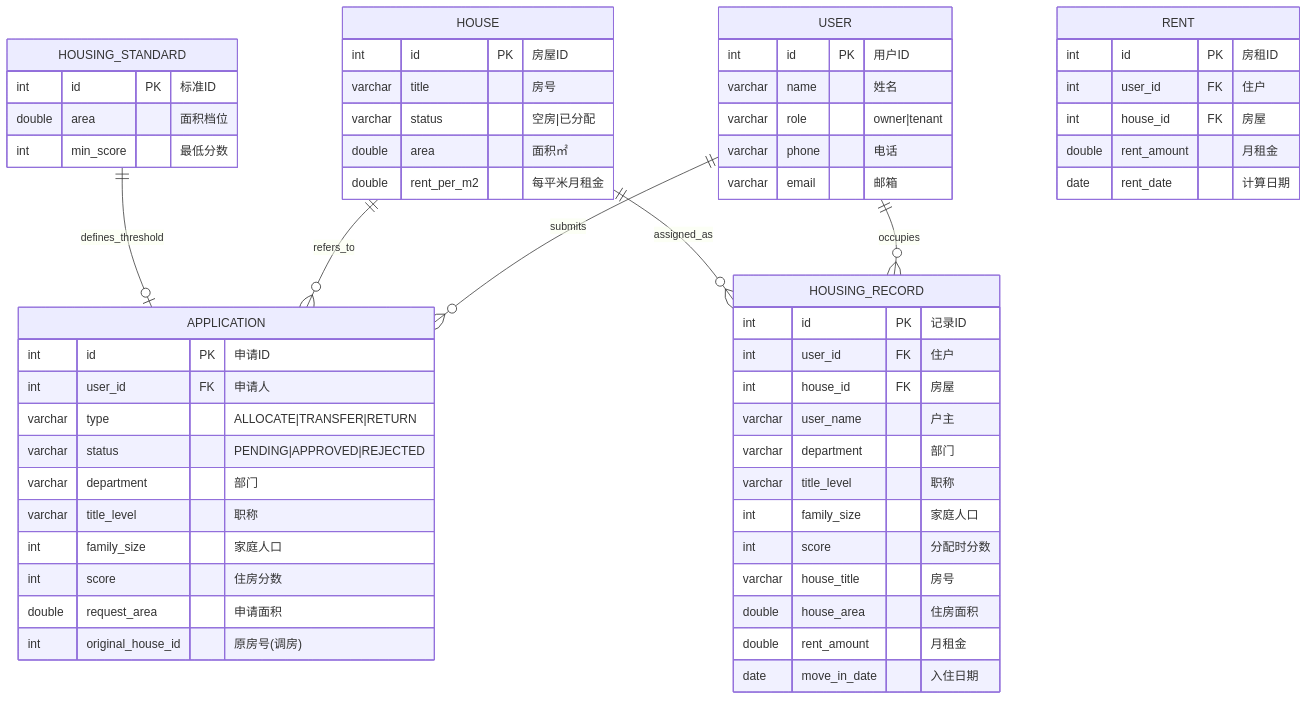
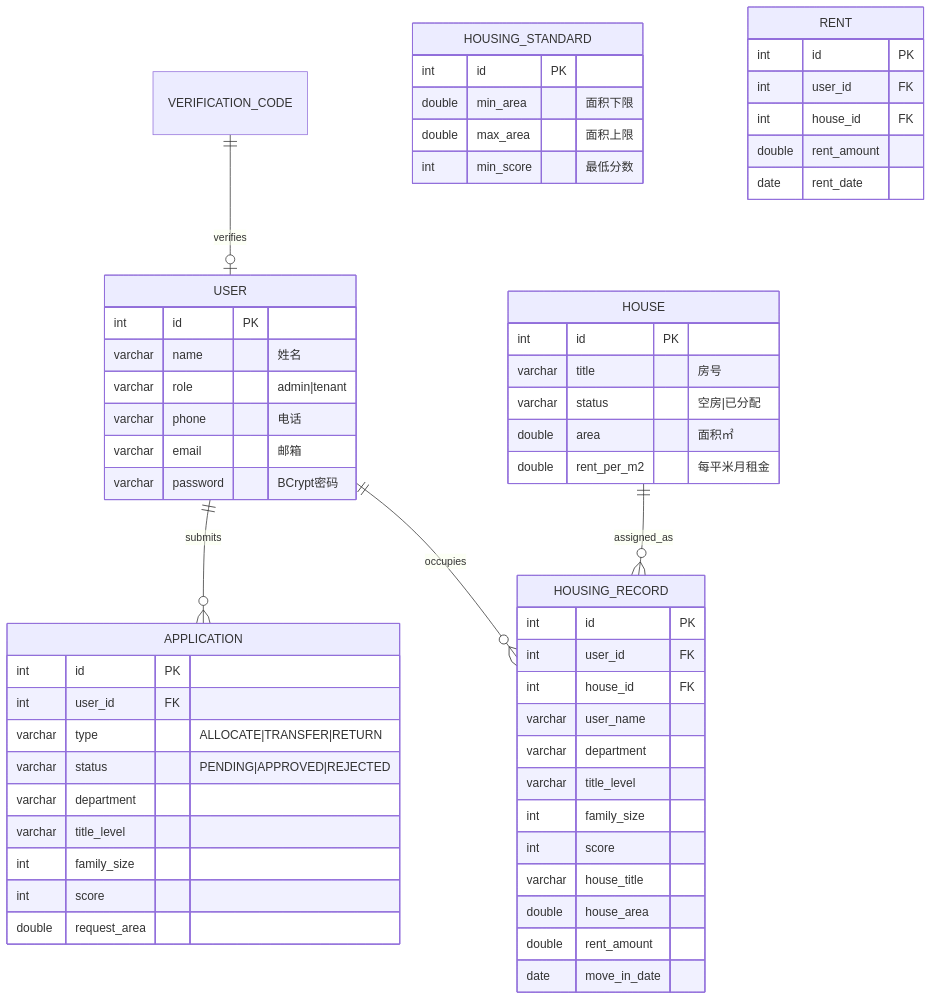
The diagram in README.md (Evonnezl/zl-ShuJuKuProject), drawn with Mermaid before and after one commit. The commit also changed other lines of this file and 42 other files, not shown here.

````diff
--- a/README.md
+++ b/README.md
@@ -46,61 +46,61 @@
 ```mermaid
 erDiagram
     USER ||--o{ APPLICATION : submits
     USER ||--o{ HOUSING_RECORD : occupies
-    HOUSE ||--o{ APPLICATION : refers_to
     HOUSE ||--o{ HOUSING_RECORD : assigned_as
-    HOUSING_STANDARD ||--o| APPLICATION : defines_threshold
+    VERIFICATION_CODE ||--o| USER : verifies
 
     USER {
-        int id PK "用户ID"
+        int id PK
         varchar name "姓名"
-        varchar role "owner|tenant"
+        varchar role "admin|tenant"
         varchar phone "电话"
         varchar email "邮箱"
+        varchar password "BCrypt密码"
     }
     HOUSE {
-        int id PK "房屋ID"
+        int id PK
         varchar title "房号"
         varchar status "空房|已分配"
         double area "面积㎡"
         double rent_per_m2 "每平米月租金"
     }
     APPLICATION {
-        int id PK "申请ID"
-        int user_id FK "申请人"
+        int id PK
+        int user_id FK
         varchar type "ALLOCATE|TRANSFER|RETURN"
         varchar status "PENDING|APPROVED|REJECTED"
-        varchar department "部门"
-        varchar title_level "职称"
-        int family_size "家庭人口"
-        int score "住房分数"
-        double request_area "申请面积"
-        int original_house_id "原房号(调房)"
+        varchar department
+        varchar title_level
+        int family_size
+        int score
+        double request_area
     }
     HOUSING_STANDARD {
-        int id PK "标准ID"
-        double area "面积档位"
+        int id PK
+        double min_area "面积下限"
+        double max_area "面积上限"
         int min_score "最低分数"
     }
     HOUSING_RECORD {
-        int id PK "记录ID"
-        int user_id FK "住户"
-        int house_id FK "房屋"
-        varchar user_name "户主"
-        varchar department "部门"
-        varchar title_level "职称"
-        int family_size "家庭人口"
-        int score "分配时分数"
-        varchar house_title "房号"
-        double house_area "住房面积"
-        double rent_amount "月租金"
-        date move_in_date "入住日期"
+        int id PK
+        int user_id FK
+        int house_id FK
+        varchar user_name
+        varchar department
+        varchar title_level
+        int family_size
+        int score
+        varchar house_title
+        double house_area
+        double rent_amount
+        date move_in_date
     }
     RENT {
-        int id PK "房租ID"
-        int user_id FK "住户"
-        int house_id FK "房屋"
-        double rent_amount "月租金"
-        date rent_date "计算日期"
+        int id PK
+        int user_id FK
+        int house_id FK
+        double rent_amount
+        date rent_date
     }
 ```
````
